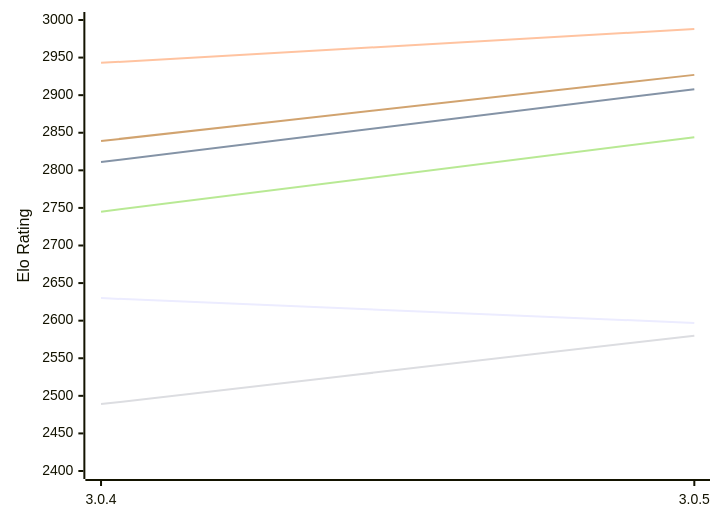
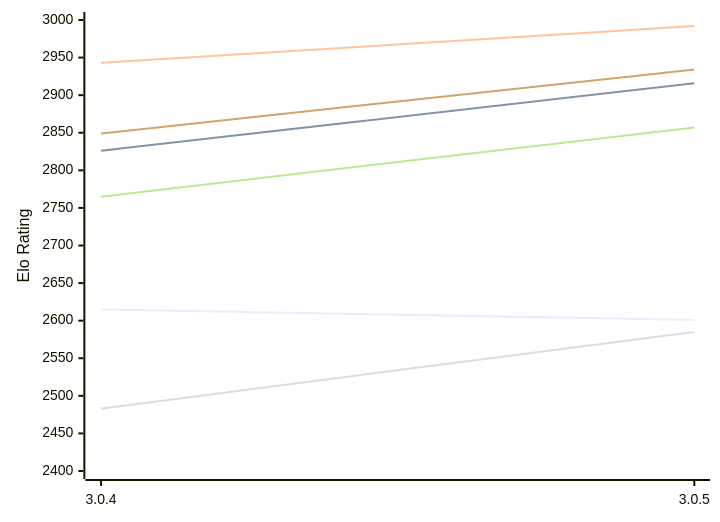
Before and after one commit to computer-chess-index/cci: the first of 2 diagrams in engines/Rudim.md, drawn with Mermaid. The commit also changed other lines of this file, not shown here.

Commit message:
Update CCI Ratings (ELO VLTC) - 2026-11-16

````diff
--- a/engines/Rudim.md
+++ b/engines/Rudim.md
@@ -59,12 +59,12 @@
 ```mermaid
 %%{init: {"theme":"base","themeVariables":{"seriesColors:['#a3a3a3','#222221','#faa371']}}}%%
 xychart-beta
   x-axis ["3.0.4", "3.0.5"]
   y-axis "Elo Rating" 2400 --> 3000
-  line "E1: STC (8.0+0.08s)" [2630, 2597]
-  line "E1: LTC (60.0+0.60s)" [2811, 2908]
-  line "E1: VLTC (2m24s+1.12s)" [2943, 2988]
-  line "P1: STC (8.0+0.08s)" [2489, 2580]
-  line "P1: LTC (60.0+0.60s)" [2745, 2844]
-  line "P1: VLTC (2m24s+1.12s)" [2839, 2927]
+  line "E1: STC (8.0+0.08s)" [2615, 2601]
+  line "E1: LTC (60.0+0.60s)" [2826, 2916]
+  line "E1: VLTC (2m24s+1.12s)" [2943, 2992]
+  line "P1: STC (8.0+0.08s)" [2483, 2585]
+  line "P1: LTC (60.0+0.60s)" [2765, 2857]
+  line "P1: VLTC (2m24s+1.12s)" [2849, 2934]
 ```
````
